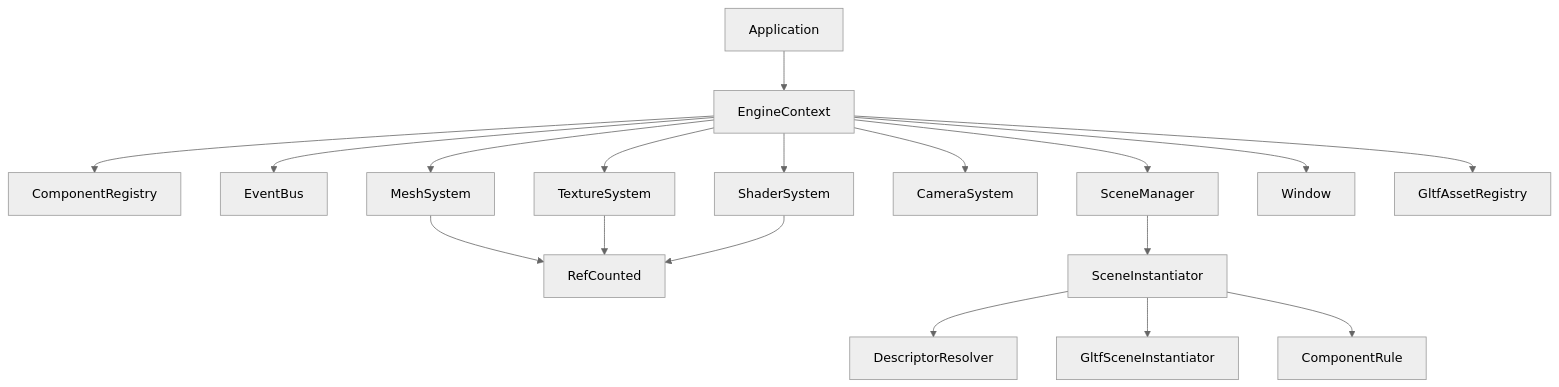
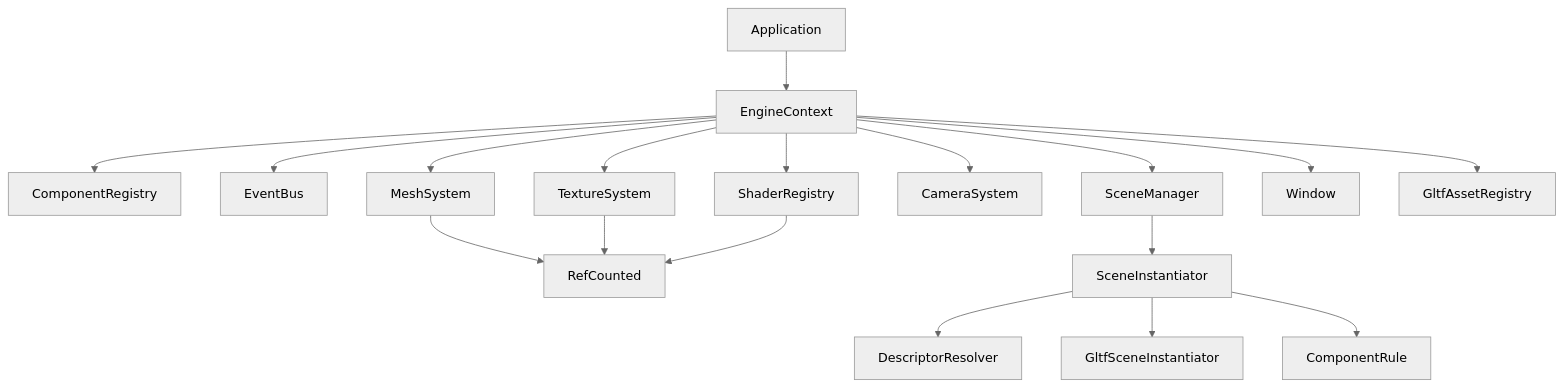
One commit to Chapslock/neon-racer changed the first of 6 diagrams in README.md. Above: the diagram before and after it, drawn with Mermaid (neutral theme). The commit also changed 17 other files, not shown here.

Commit message:
refactor(render): rename ShaderSystem → ShaderRegistry

````diff
--- a/README.md
+++ b/README.md
@@ -12,22 +12,22 @@
 ```mermaid
 graph TD
     App[Application] --> EC[EngineContext]
     EC --> CR[ComponentRegistry]
     EC --> EB[EventBus]
     EC --> MS[MeshSystem]
     EC --> TS[TextureSystem]
-    EC --> SS[ShaderSystem]
+    EC --> SS[ShaderRegistry]
     EC --> CS[CameraSystem]
     EC --> SM[SceneManager]
     EC --> Win[Window]
     EC --> GAR[GltfAssetRegistry]
 
     MS --> RC[RefCounted]
     TS --> RC
     SS --> RC
 
     SM --> SI[SceneInstantiator]
     SI --> DR[DescriptorResolver]
     SI --> GI[GltfSceneInstantiator]
     SI --> CV[ComponentRule]
 ```
````
